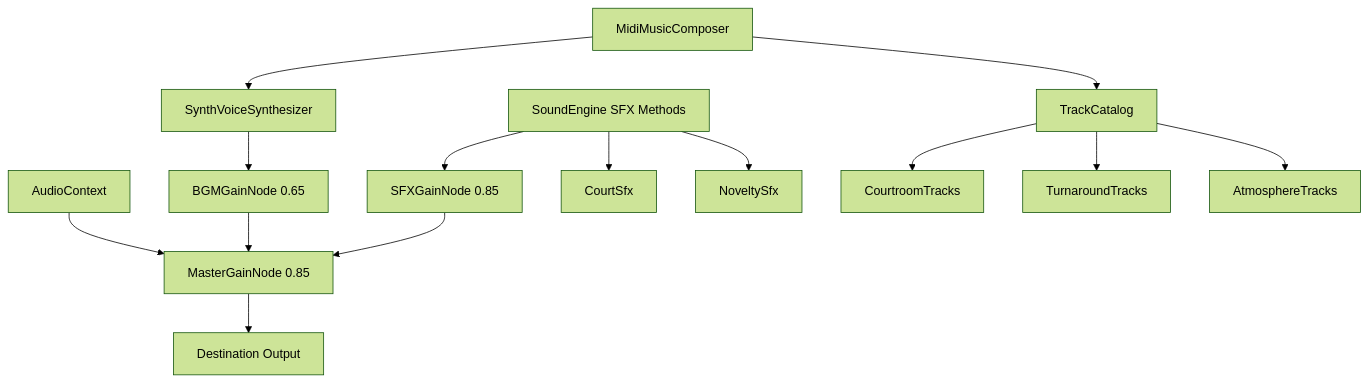
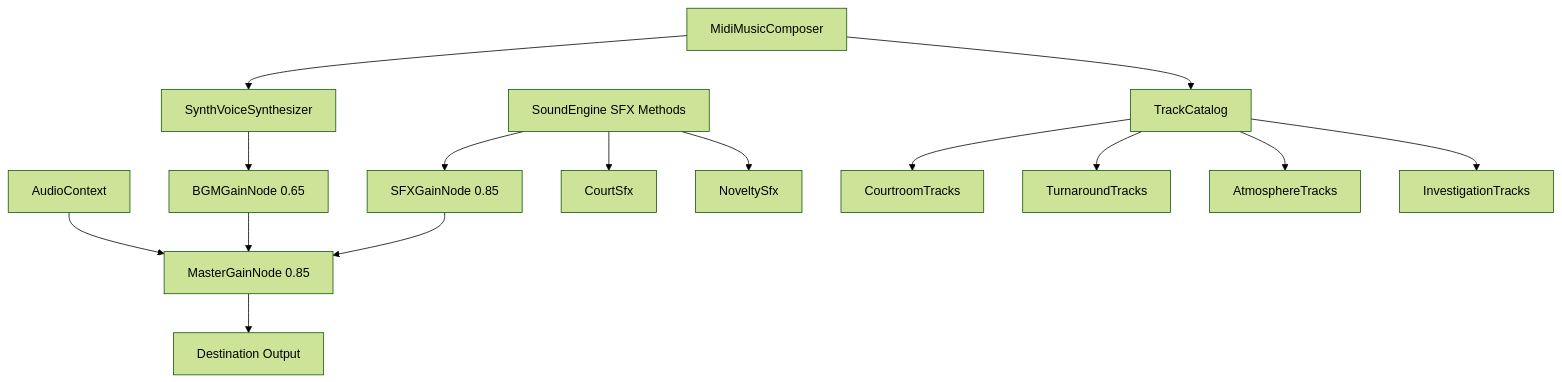
The diagram in docs/architecture/audio-system.md (luisoncpp/aa-chapulin), drawn with Mermaid (forest theme) before and after one commit. The commit also changed other lines of this file and 34 other files, not shown here.

````diff
--- a/docs/architecture/audio-system.md
+++ b/docs/architecture/audio-system.md
@@ -9,19 +9,20 @@
 ```mermaid
 flowchart TD
     AC[AudioContext] --> Master[MasterGainNode 0.85]
     Master --> Dest[Destination Output]
     
     BGMGain[BGMGainNode 0.65] --> Master
     SFXGain[SFXGainNode 0.85] --> Master
     
     Composer[MidiMusicComposer] --> VoiceSynth[SynthVoiceSynthesizer]
     VoiceSynth --> BGMGain
     SFX[SoundEngine SFX Methods] --> SFXGain
     
     SFX --> CourtSfx[CourtSfx]
     SFX --> NoveltySfx[NoveltySfx]
     Composer --> TrackCatalog[TrackCatalog]
     TrackCatalog --> CourtroomTracks[CourtroomTracks]
     TrackCatalog --> TurnaroundTracks[TurnaroundTracks]
     TrackCatalog --> AtmosphereTracks[AtmosphereTracks]
+    TrackCatalog --> InvestigationTracks[InvestigationTracks]
 ```
````
